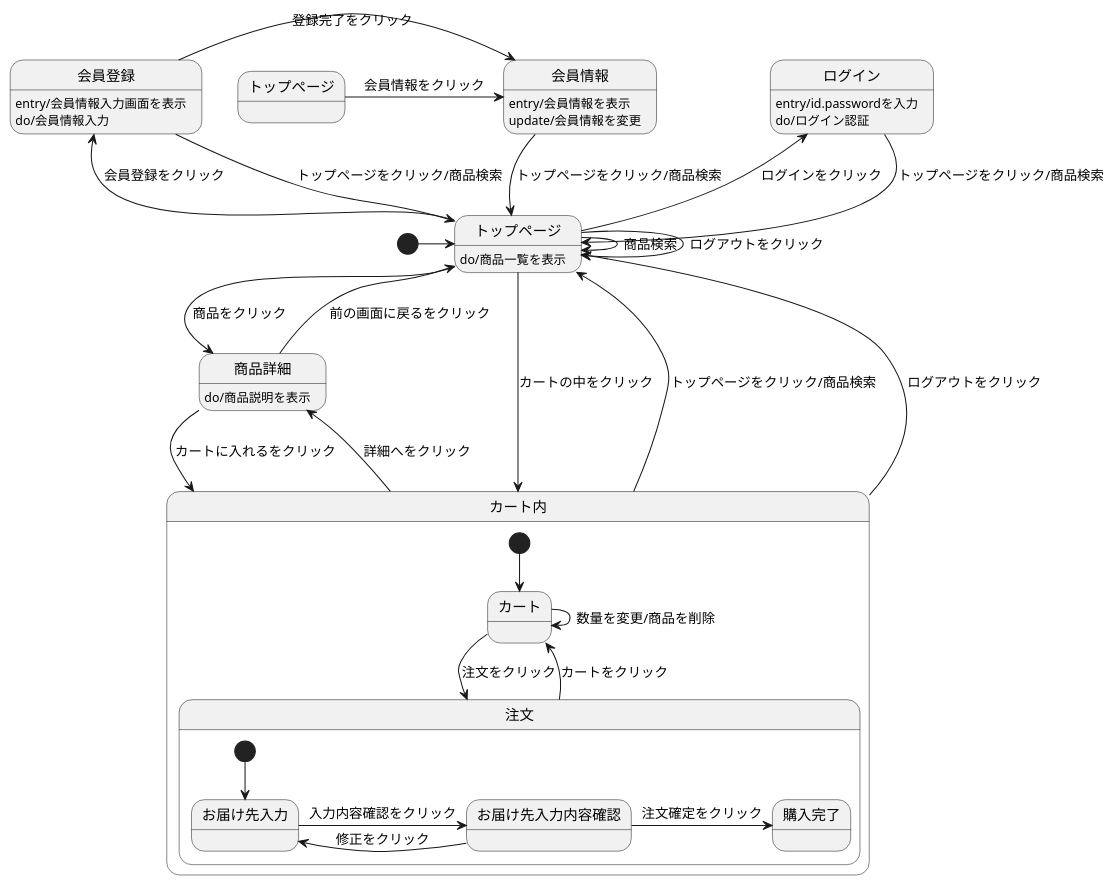
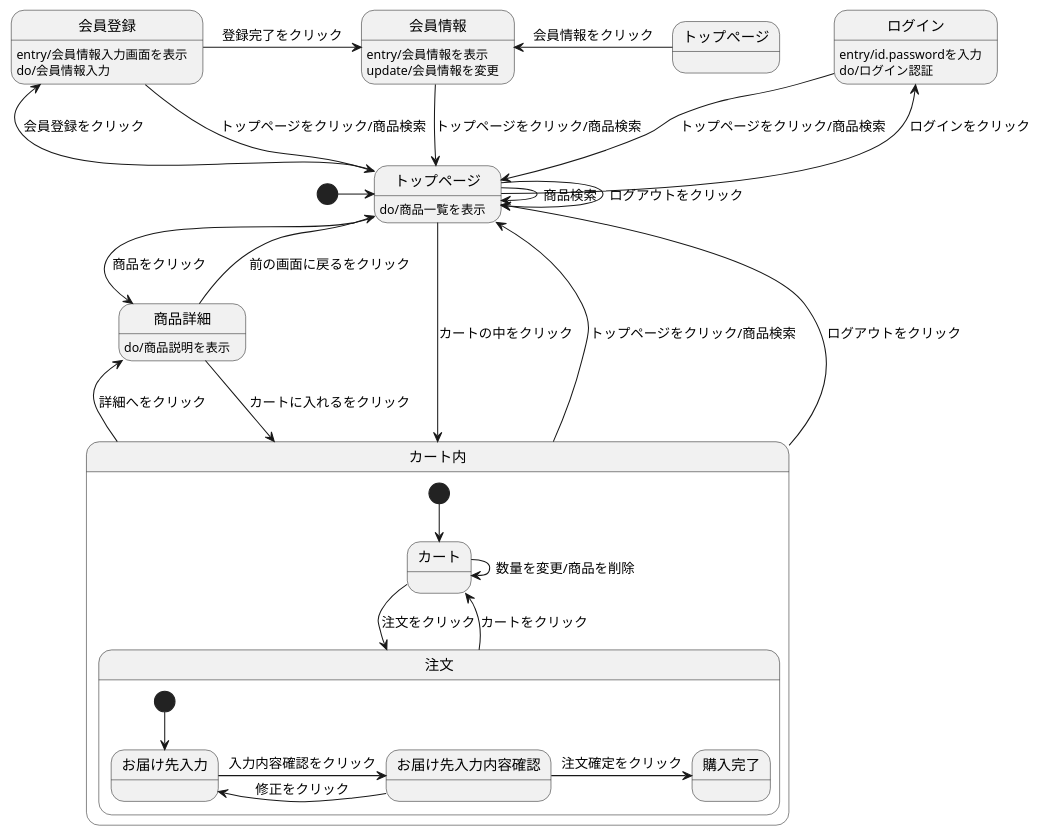
Before and after one commit to Aso2001027/2021sys-design: the diagram in shopping1.md, drawn with PlantUML.

````diff
--- a/shopping1.md
+++ b/shopping1.md
@@ -1,42 +1,42 @@
 ```uml
 @startuml
 [*] -> トップページ
 会員情報 --> トップページ : トップページをクリック/商品検索
 ログイン --> トップページ : トップページをクリック/商品検索
 ログイン : entry/id.passwordを入力
 ログイン : do/ログイン認証
 会員登録 -> 会員情報 : 登録完了をクリック
 会員登録 --> トップページ : トップページをクリック/商品検索
 会員登録 : entry/会員情報入力画面を表示
 会員登録 : do/会員情報入力
-トップぺージ -> 会員情報 : 会員情報をクリック
+トップぺージ -left-> 会員情報 : 会員情報をクリック
 会員情報 : entry/会員情報を表示
 会員情報 : update/会員情報を変更
 トップページ --> トップページ : ログアウトをクリック
 トップページ -> トップページ : 商品検索
 トップページ -> 商品詳細 : 商品をクリック
 トップページ -left-> 会員登録 : 会員登録をクリック
 トップページ -left-> ログイン : ログインをクリック
 トップページ --> カート内 : カートの中をクリック
 トップページ : do/商品一覧を表示
 商品詳細 --> カート内 : カートに入れるをクリック
 商品詳細 --> トップページ : 前の画面に戻るをクリック
 商品詳細 : do/商品説明を表示
 カート内 -up-> トップページ : トップページをクリック/商品検索
 カート内 -up-> トップページ : ログアウトをクリック
 カート内 -> 商品詳細 : 詳細へをクリック
 
 state カート内{
 [*] --> カート
 カート -> 注文 : 注文をクリック
 カート -> カート : 数量を変更/商品を削除
 注文 --> カート : カートをクリック
 state 注文 {
 [*] --> お届け先入力
 お届け先入力 -> お届け先入力内容確認 : 入力内容確認をクリック
 お届け先入力内容確認 -> お届け先入力 : 修正をクリック
 お届け先入力内容確認 -> 購入完了 : 注文確定をクリック
   }
 }
 @enduml
 ```
````
